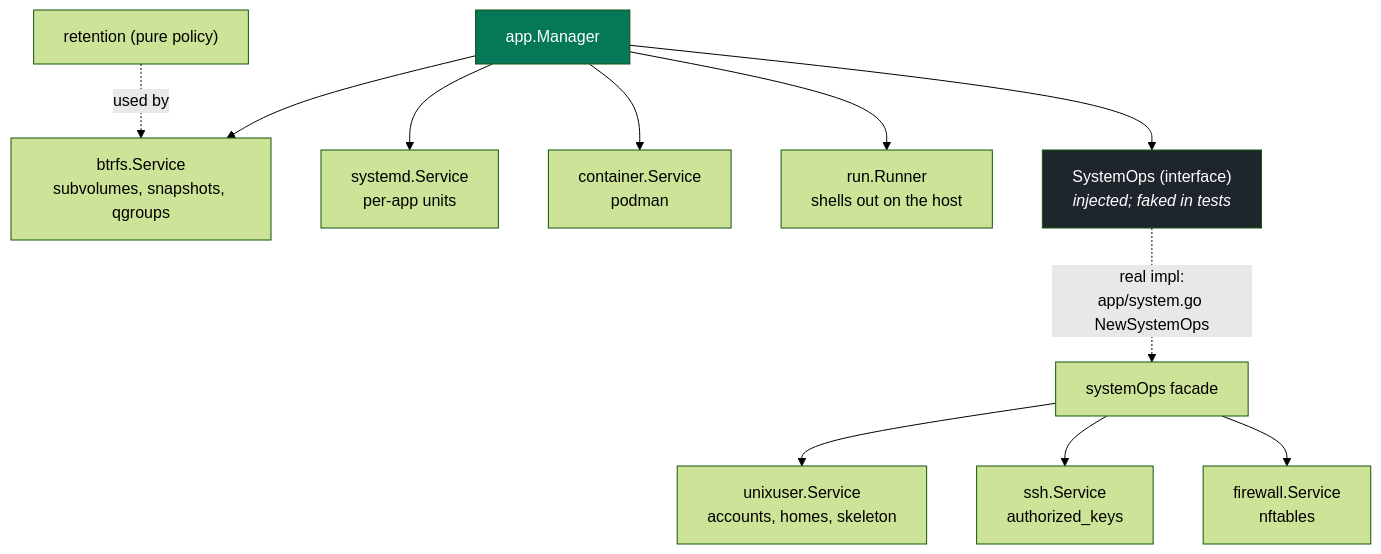
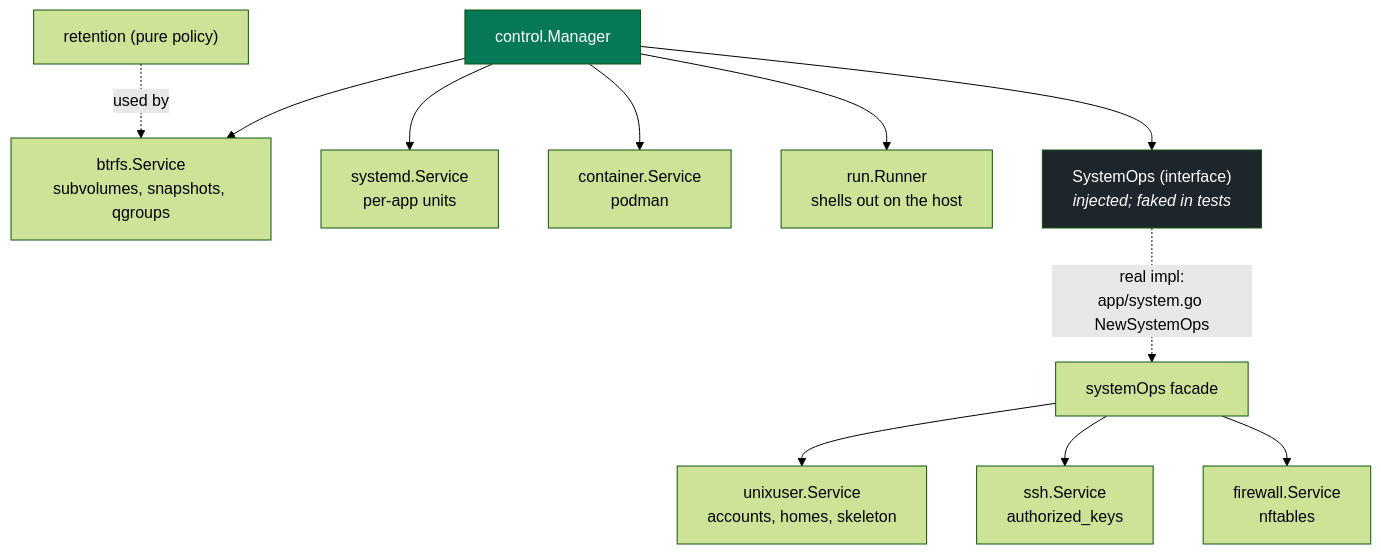
The diagram in docs/architecture/code-map.md (binwiederhier/hostit), drawn with Mermaid (forest theme) before and after one commit. The commit also changed other lines of this file and 32 other files, not shown here.

First line of the commit message:
docs: catch the documentation up with the shipped split architecture

````diff
--- a/docs/architecture/code-map.md
+++ b/docs/architecture/code-map.md
@@ -40,19 +43,19 @@
 ```mermaid
 flowchart TB
-    mgr["app.Manager"]
+    mgr["control.Manager"]
     mgr --> btrfs["btrfs.Service<br/>subvolumes, snapshots, qgroups"]
     mgr --> systemd["systemd.Service<br/>per-app units"]
     mgr --> container["container.Service<br/>podman"]
     mgr --> runner["run.Runner<br/>shells out on the host"]
     mgr --> ops["SystemOps (interface)<br/><i>injected; faked in tests</i>"]
 
     ops -.->|"real impl:<br/>app/system.go NewSystemOps"| sysops["systemOps facade"]
     sysops --> unixuser["unixuser.Service<br/>accounts, homes, skeleton"]
     sysops --> ssh["ssh.Service<br/>authorized_keys"]
     sysops --> firewall["firewall.Service<br/>nftables"]
 
     retention["retention (pure policy)"] -.->|"used by"| btrfs
 
     style mgr fill:#047857,color:#fff
     style ops fill:#1f252d,color:#fff
 ```
````
